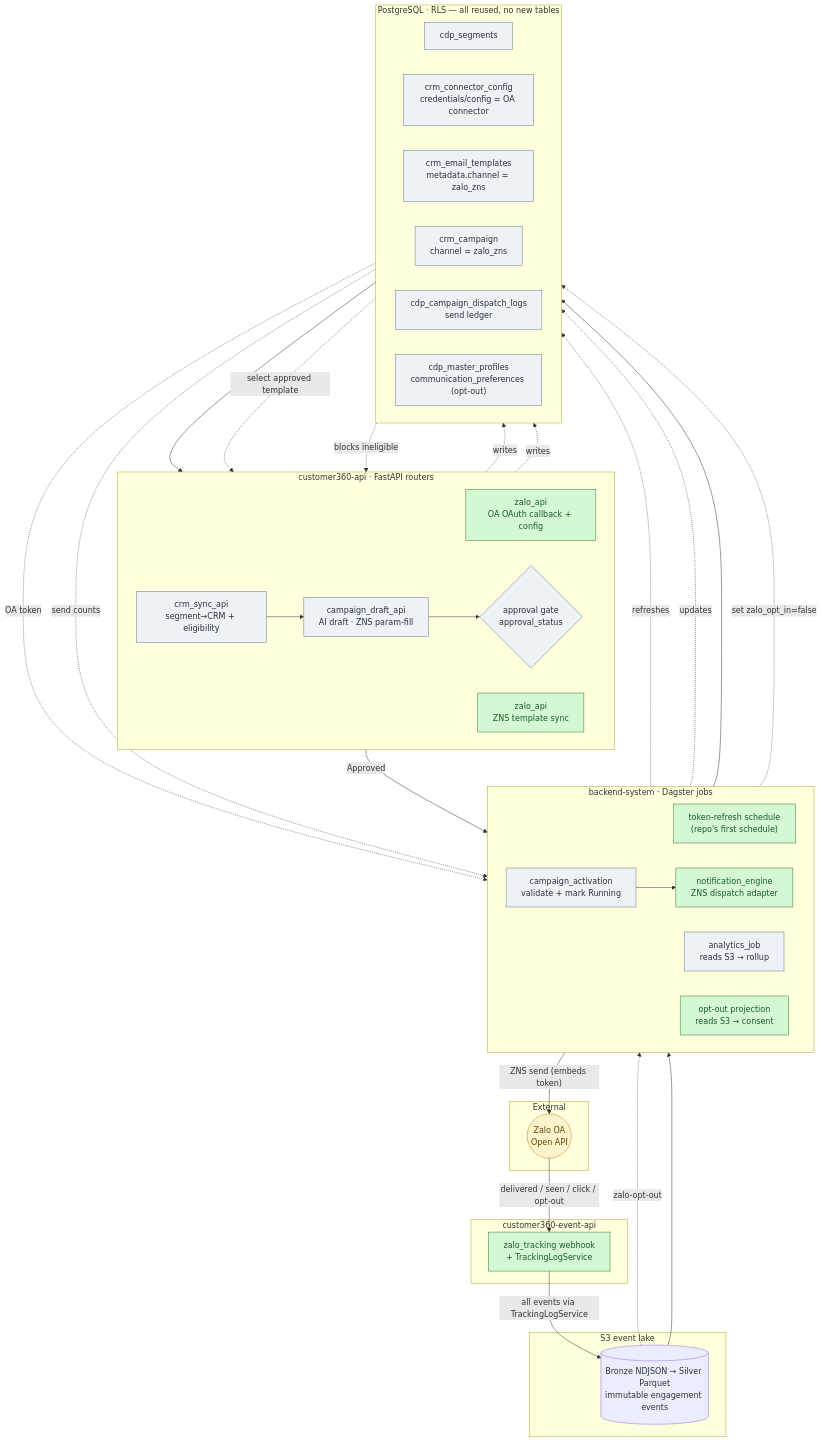
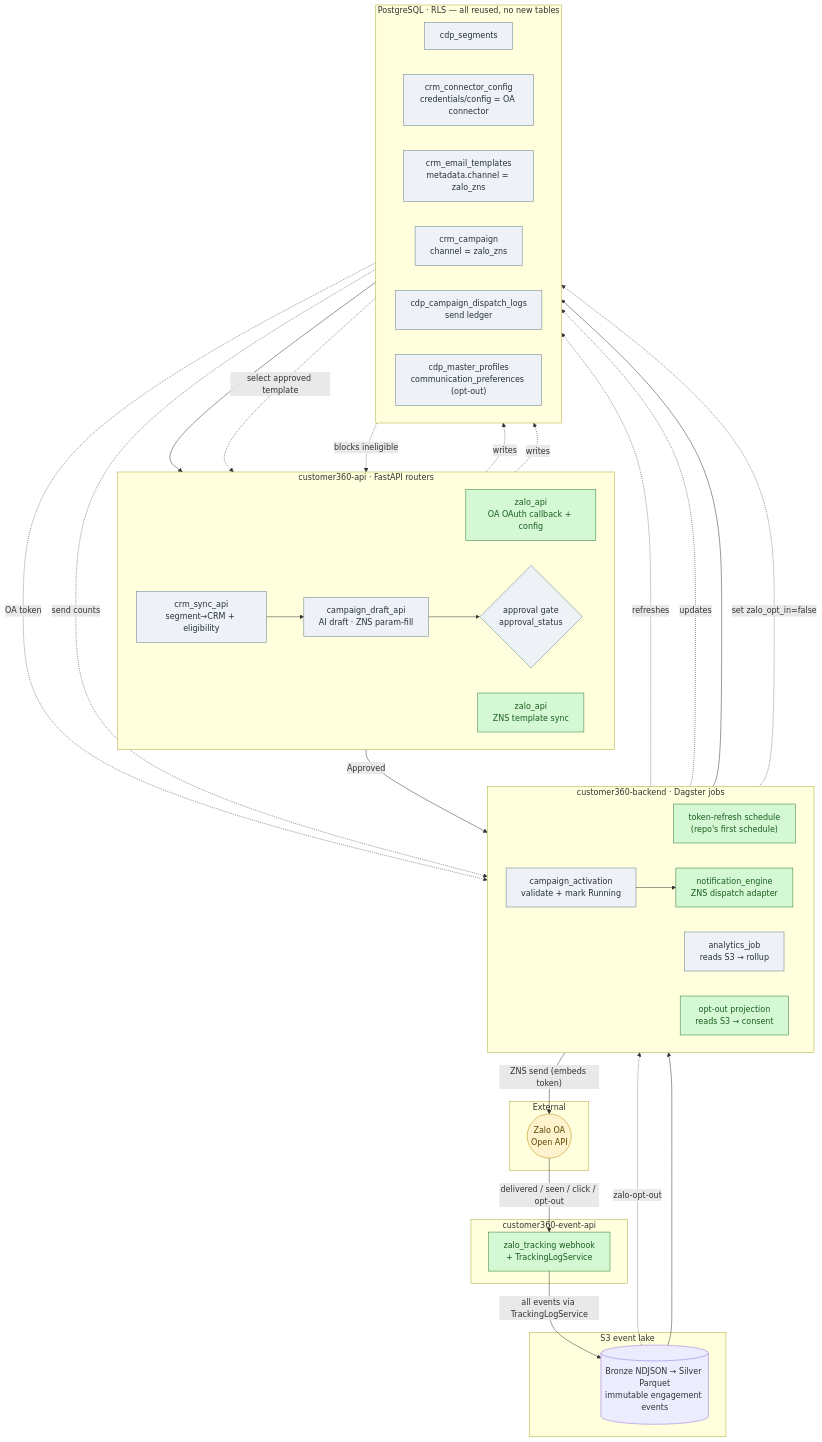
One commit to LEO-CDP/leo-customer360 changed the first of 3 diagrams in docs/action-plans/PLAN-ZALO-ZNS-OPTIMIZED.md. Above: the diagram before and after it, drawn with Mermaid. The commit also changed other lines of this file and 237 other files, not shown here.

Commit message:
refactoring, rename backend-system to customer360-backend

````diff
--- a/docs/action-plans/PLAN-ZALO-ZNS-OPTIMIZED.md
+++ b/docs/action-plans/PLAN-ZALO-ZNS-OPTIMIZED.md
@@ -29,68 +29,68 @@
 ```mermaid
 flowchart TB
     subgraph API["customer360-api · FastAPI routers"]
         direction LR
         OACFG["zalo_api<br/>OA OAuth callback + config"]
         TPLSYNC["zalo_api<br/>ZNS template sync"]
         SYNC["crm_sync_api<br/>segment→CRM + eligibility"]
         DRAFT["campaign_draft_api<br/>AI draft · ZNS param-fill"]
         APPR{"approval gate<br/>approval_status"}
     end
 
-    subgraph DAG["backend-system · Dagster jobs"]
+    subgraph DAG["customer360-backend · Dagster jobs"]
         direction LR
         TR["token-refresh schedule<br/>(repo's first schedule)"]
         ACT["campaign_activation<br/>validate + mark Running"]
         ENG["notification_engine<br/>ZNS dispatch adapter"]
         AN["analytics_job<br/>reads S3 → rollup"]
         PROJ["opt-out projection<br/>reads S3 → consent"]
     end
 
     subgraph EXT["External"]
         ZALOAPI(("Zalo OA<br/>Open API"))
     end
 
     subgraph DTA["customer360-event-api"]
         WH["zalo_tracking webhook<br/>+ TrackingLogService"]
     end
 
     subgraph LAKE["S3 event lake"]
         S3[("Bronze NDJSON → Silver Parquet<br/>immutable engagement events")]
     end
 
     subgraph PG["PostgreSQL · RLS — all reused, no new tables"]
         direction LR
         SEG["cdp_segments"]
         DS["crm_connector_config<br/>credentials/config = OA connector"]
         TPLT["crm_email_templates<br/>metadata.channel = zalo_zns"]
         CAMP["crm_campaign<br/>channel = zalo_zns"]
         LOG["cdp_campaign_dispatch_logs<br/>send ledger"]
         SUP["cdp_master_profiles<br/>communication_preferences (opt-out)"]
     end
 
     SEG --> SYNC --> DRAFT --> APPR
     OACFG -. writes .-> DS
     TR -. refreshes .-> DS
     TPLSYNC -. writes .-> TPLT
     TPLT -. select approved template .-> DRAFT
     APPR -- Approved --> ACT
     ACT -. updates .-> CAMP
     ACT --> ENG
     DS -. OA token .-> ENG
     ENG -- "ZNS send (embeds token)" --> ZALOAPI
     ENG --> LOG
     ZALOAPI -- delivered / seen / click / opt-out --> WH
     WH -- all events via TrackingLogService --> S3
     S3 -. zalo-opt-out .-> PROJ
     PROJ -. set zalo_opt_in=false .-> SUP
     S3 --> AN
     LOG -. send counts .-> AN
     SUP -. blocks ineligible .-> SYNC
 
     classDef new fill:#d4f7d4,stroke:#2e7d32,color:#1b5e20;
     classDef reuse fill:#eef2f7,stroke:#607d8b,color:#263238;
     classDef ext fill:#fff3cd,stroke:#b8860b,color:#5c4400;
     class OACFG,TPLSYNC,TR,ENG,WH,PROJ new;
     class SYNC,DRAFT,APPR,ACT,AN,SEG,DS,TPLT,CAMP,LOG,SUP reuse;
     class ZALOAPI ext;
 ```
````
